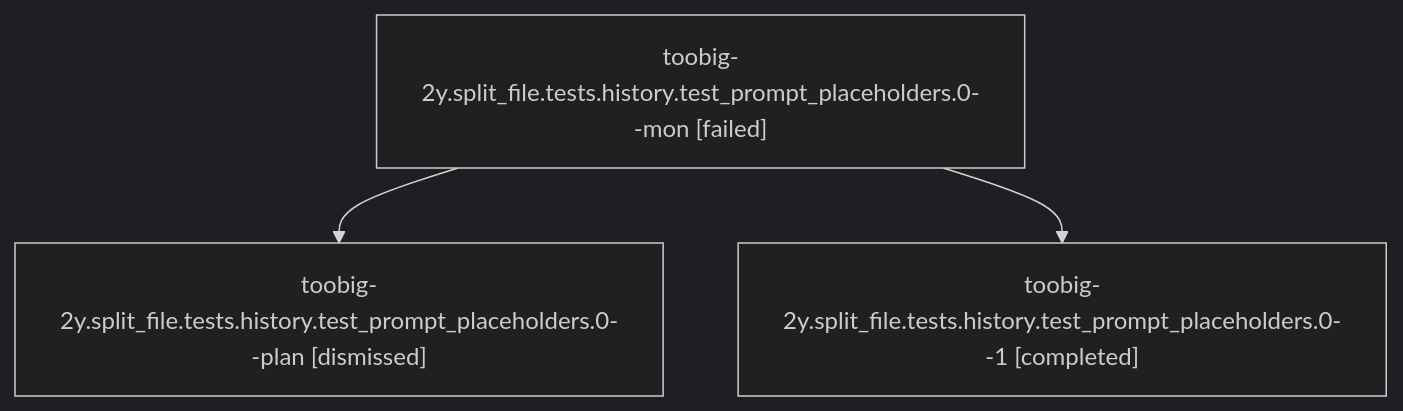
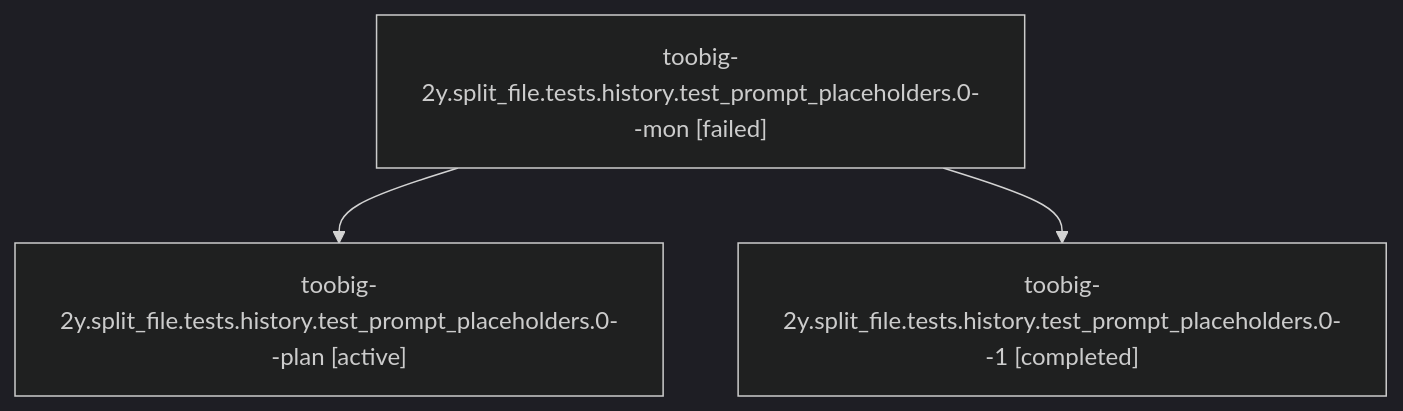
The diagram in families/bbugyi200.athena.toobig-2y.split_file.tests.history.test_prompt_placeholders.0.md (sase-org/sase--agents), drawn with Mermaid (dark theme) before and after one commit. The commit also changed other lines of this file and 35830 other files, not shown here.

````diff
--- a/families/bbugyi200.athena.toobig-2y.split_file.tests.history.test_prompt_placeholders.0.md
+++ b/families/bbugyi200.athena.toobig-2y.split_file.tests.history.test_prompt_placeholders.0.md
@@ -9,8 +9,8 @@
 ```mermaid
 flowchart TD
   n0["toobig-2y.split_file.tests.history.test_prompt_placeholders.0--mon [failed]"]
-  n1["toobig-2y.split_file.tests.history.test_prompt_placeholders.0--plan [dismissed]"]
+  n1["toobig-2y.split_file.tests.history.test_prompt_placeholders.0--plan [active]"]
   n0 --> n1
   n2["toobig-2y.split_file.tests.history.test_prompt_placeholders.0--1 [completed]"]
   n0 --> n2
 ```
````
